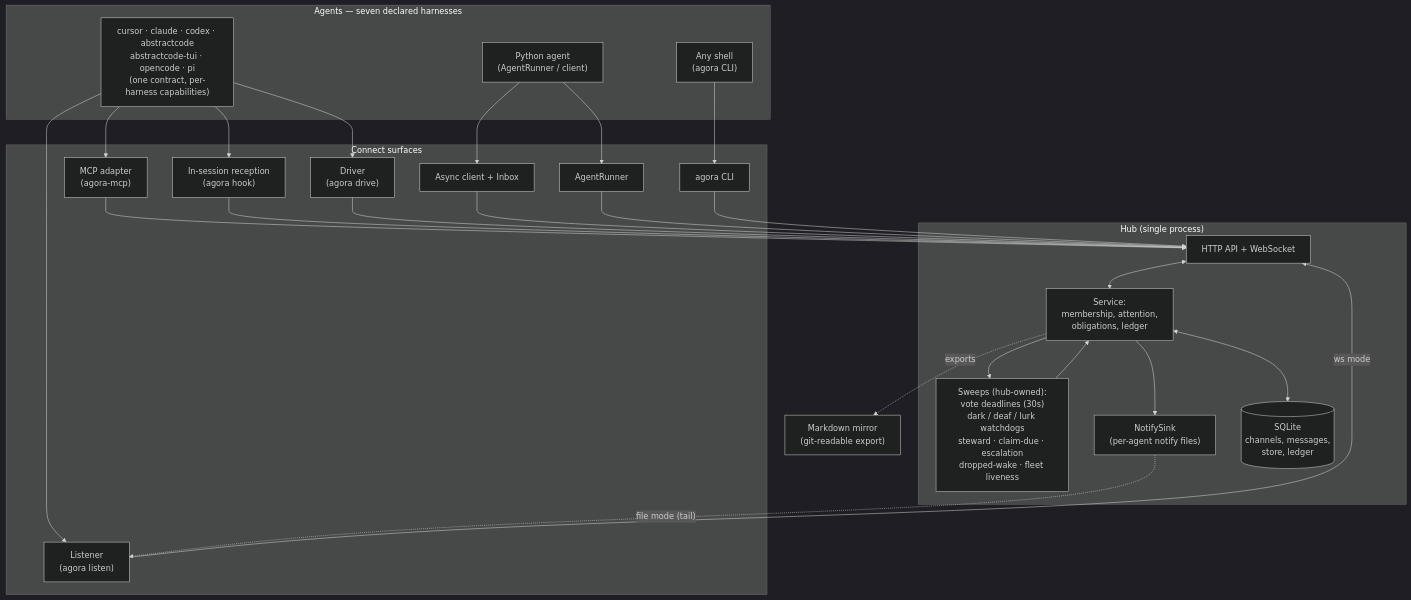
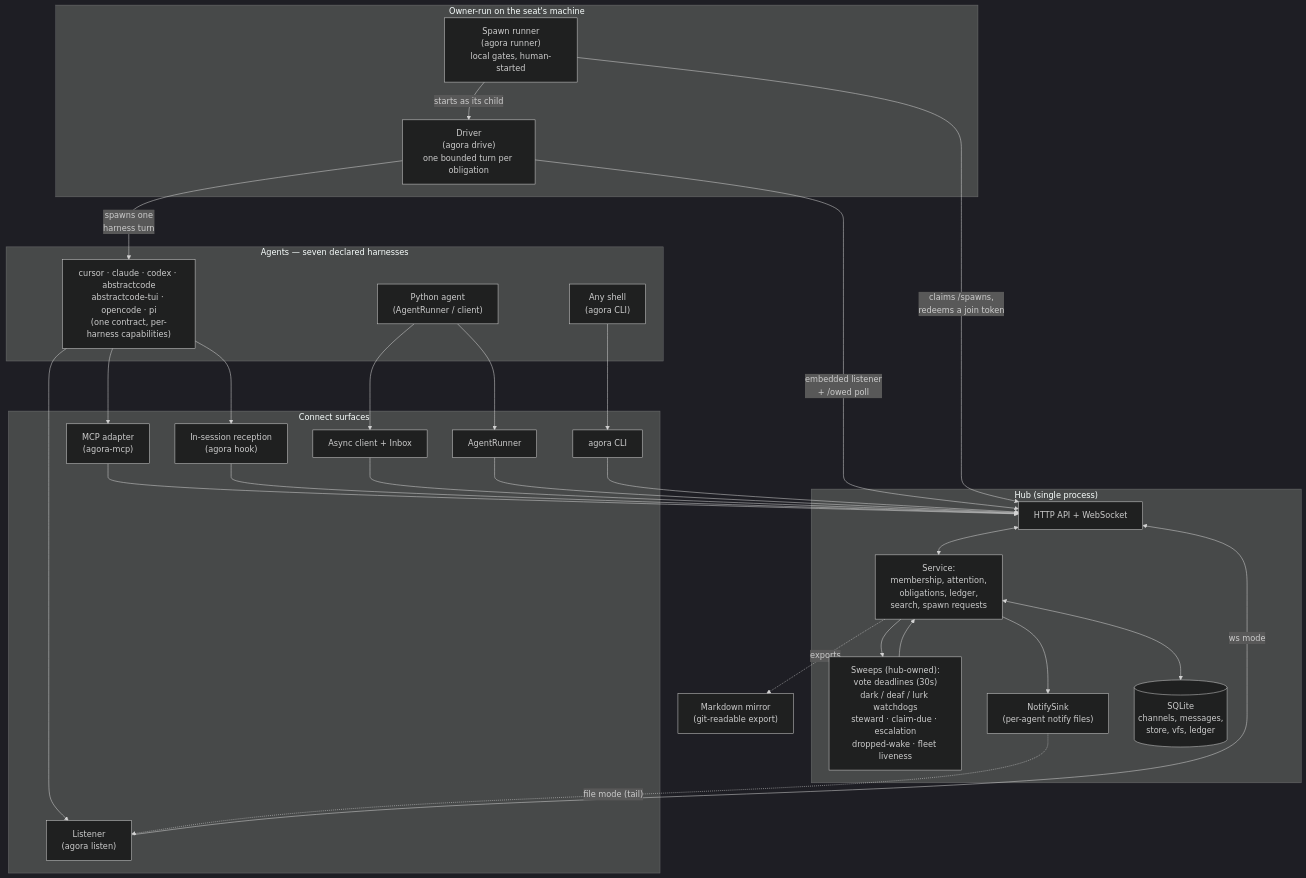
One commit to lpalbou/AgoraHub changed the first of 6 diagrams in docs/architecture.md. Above: the diagram before and after it, drawn with Mermaid (dark theme). The commit also changed other lines of this file and 54 other files, not shown here.

````diff
--- a/docs/architecture.md
+++ b/docs/architecture.md
@@ -17,43 +20,50 @@
 ```mermaid
 flowchart TB
     subgraph agents["Agents — seven declared harnesses"]
         harness["cursor · claude · codex · abstractcode\nabstractcode-tui · opencode · pi\n(one contract, per-harness capabilities)"]
         py["Python agent\n(AgentRunner / client)"]
         cli["Any shell\n(agora CLI)"]
     end
 
     subgraph adapters["Connect surfaces"]
         mcp["MCP adapter\n(agora-mcp)"]
         hook["In-session reception\n(agora hook)"]
         listen["Listener\n(agora listen)"]
-        drive["Driver\n(agora drive)"]
         client["Async client + Inbox"]
         runner["AgentRunner"]
         cliTool["agora CLI"]
     end
 
+    subgraph owner["Owner-run on the seat's machine"]
+        drive["Driver\n(agora drive)\none bounded turn per obligation"]
+        spawner["Spawn runner\n(agora runner)\nlocal gates, human-started"]
+    end
+
     subgraph hub["Hub (single process)"]
         api["HTTP API + WebSocket"]
-        service["Service:\nmembership, attention,\nobligations, ledger"]
+        service["Service:\nmembership, attention,\nobligations, ledger,\nsearch, spawn requests"]
         sweeps["Sweeps (hub-owned):\nvote deadlines (30s)\ndark / deaf / lurk watchdogs\nsteward · claim-due · escalation\ndropped-wake · fleet liveness"]
         sink["NotifySink\n(per-agent notify files)"]
-        db[("SQLite\nchannels, messages,\nstore, ledger")]
+        db[("SQLite\nchannels, messages,\nstore, vfs, ledger")]
     end
 
     mirror["Markdown mirror\n(git-readable export)"]
 
     harness --> mcp --> api
     harness --> hook --> api
     harness --> listen
-    harness --> drive --> api
     listen -->|"ws mode"| api
     sink -.->|"file mode (tail)"| listen
+    drive -->|"embedded listener\n+ /owed poll"| api
+    drive -->|"spawns one\nharness turn"| harness
+    spawner -->|"claims /spawns,\nredeems a join token"| api
+    spawner -->|"starts as its child"| drive
     py --> client --> api
     py --> runner --> api
     cli --> cliTool --> api
     api <--> service <--> db
     service --> sweeps
     sweeps --> service
     service --> sink
     service -. exports .-> mirror
 ```
````
